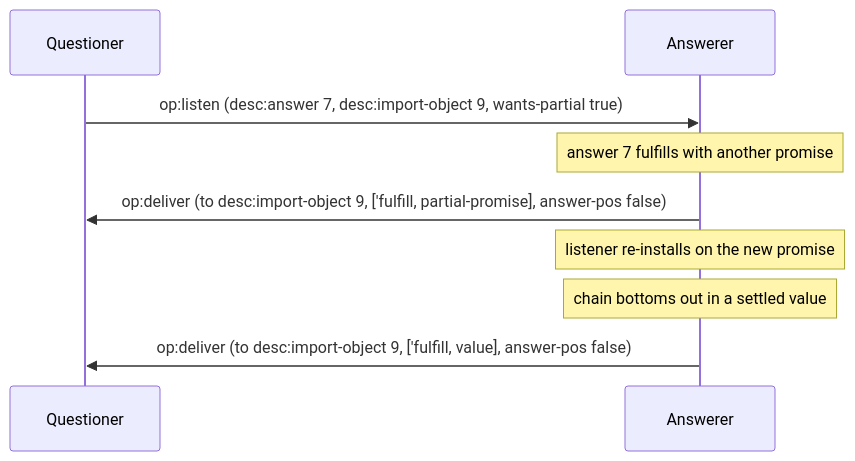
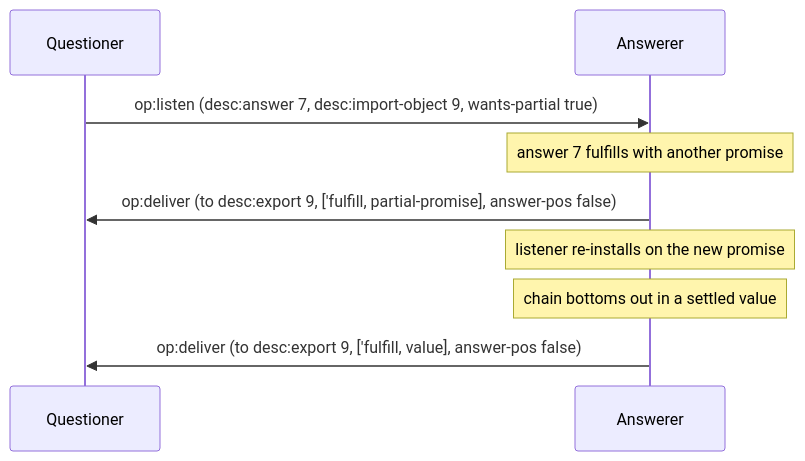
Before and after one commit to glowcap-org/glowcap: the sixth of 7 diagrams in docs/protocol-diagrams/03-promises-and-pipelining.md, drawn with Mermaid. The commit also changed other lines of this file and 419 other files, not shown here.

````diff
--- a/docs/protocol-diagrams/03-promises-and-pipelining.md
+++ b/docs/protocol-diagrams/03-promises-and-pipelining.md
@@ -95,11 +95,11 @@
 ```mermaid
 sequenceDiagram
     participant Q as Questioner
     participant R as Answerer
     Q->>R: op:listen (desc:answer 7, desc:import-object 9, wants-partial true)
     Note over R: answer 7 fulfills with another promise
-    R->>Q: op:deliver (to desc:import-object 9, ['fulfill, partial-promise], answer-pos false)
+    R->>Q: op:deliver (to desc:export 9, ['fulfill, partial-promise], answer-pos false)
     Note over R: listener re-installs on the new promise
     Note over R: chain bottoms out in a settled value
-    R->>Q: op:deliver (to desc:import-object 9, ['fulfill, value], answer-pos false)
+    R->>Q: op:deliver (to desc:export 9, ['fulfill, value], answer-pos false)
 ```
````
